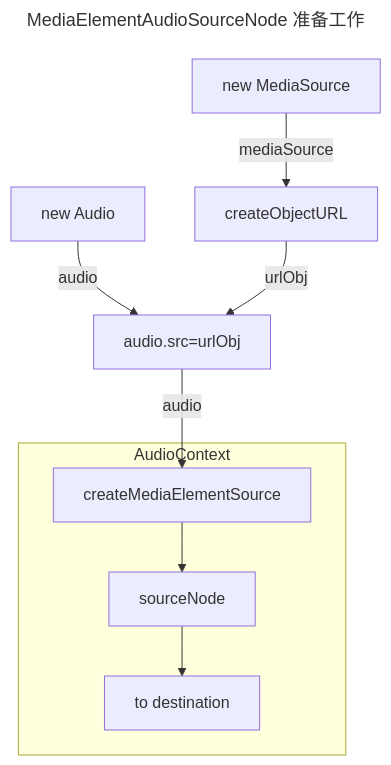
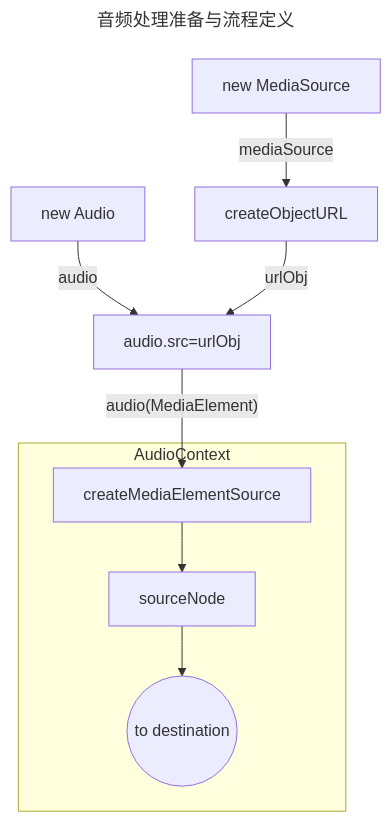
One commit to superAlibi/notes changed the fifth of 5 diagrams in notes/blogs/web_media/audio_api.md. Above: the diagram before and after it, drawn with Mermaid. The commit also changed other lines of this file, not shown here.

````diff
--- a/notes/blogs/web_media/audio_api.md
+++ b/notes/blogs/web_media/audio_api.md
@@ -456,14 +486,14 @@
 ```mermaid
 ---
-title: MediaElementAudioSourceNode 准备工作
+title: 音频处理准备与流程定义
 ---
 flowchart TB
   mediaSource[new MediaSource]-->|mediaSource|urlObj[createObjectURL]
   audio[new Audio]-->|audio|link[audio.src=urlObj]
   urlObj-->|urlObj|link
-  link -->|audio|createNode
+  link -->|"audio(MediaElement)"|createNode
   subgraph AudioContext
     createNode[createMediaElementSource]-->sourceNode
-    sourceNode-->destination[to destination]
+    sourceNode-->destination((to destination))
   end
 ```
````
